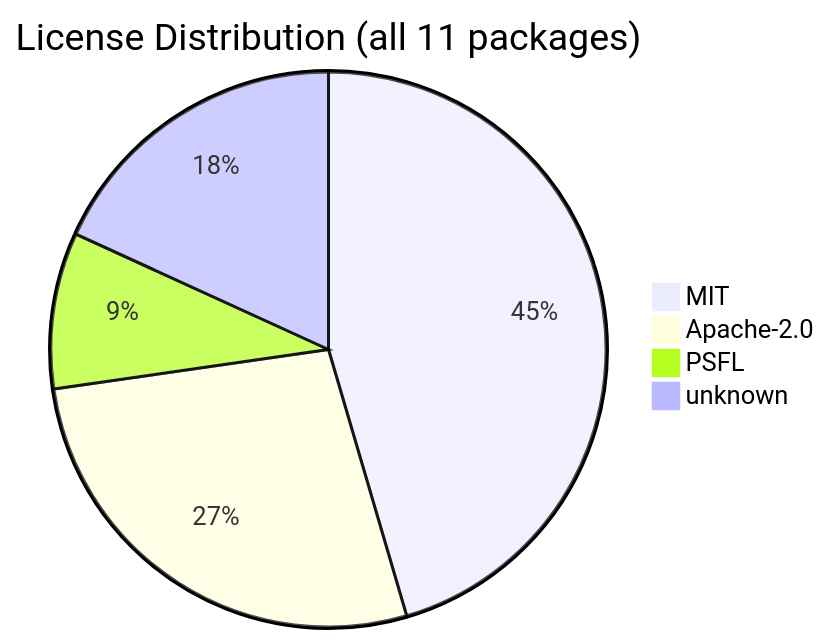
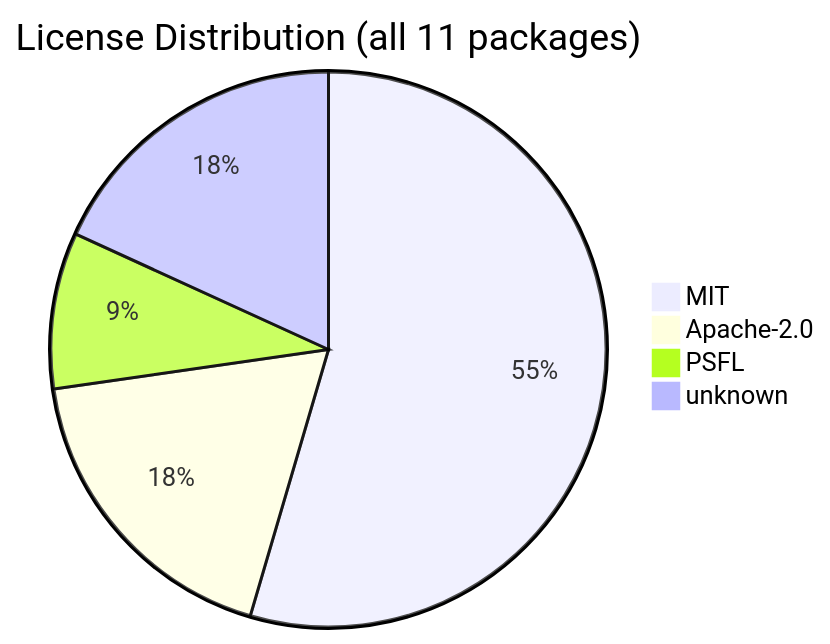
Before and after one commit to svenroth-ai/shipwright: the diagram in .shipwright/compliance/sbom.md, drawn with Mermaid. The commit also changed other lines of this file and 19 other files, not shown here.

````diff
--- a/.shipwright/compliance/sbom.md
+++ b/.shipwright/compliance/sbom.md
@@ -18,7 +18,7 @@
 ```mermaid
 pie title License Distribution (all 11 packages)
-    "MIT" : 5
-    "Apache-2.0" : 3
+    "MIT" : 6
+    "Apache-2.0" : 2
     "PSFL" : 1
     "unknown" : 2
 ```
````
